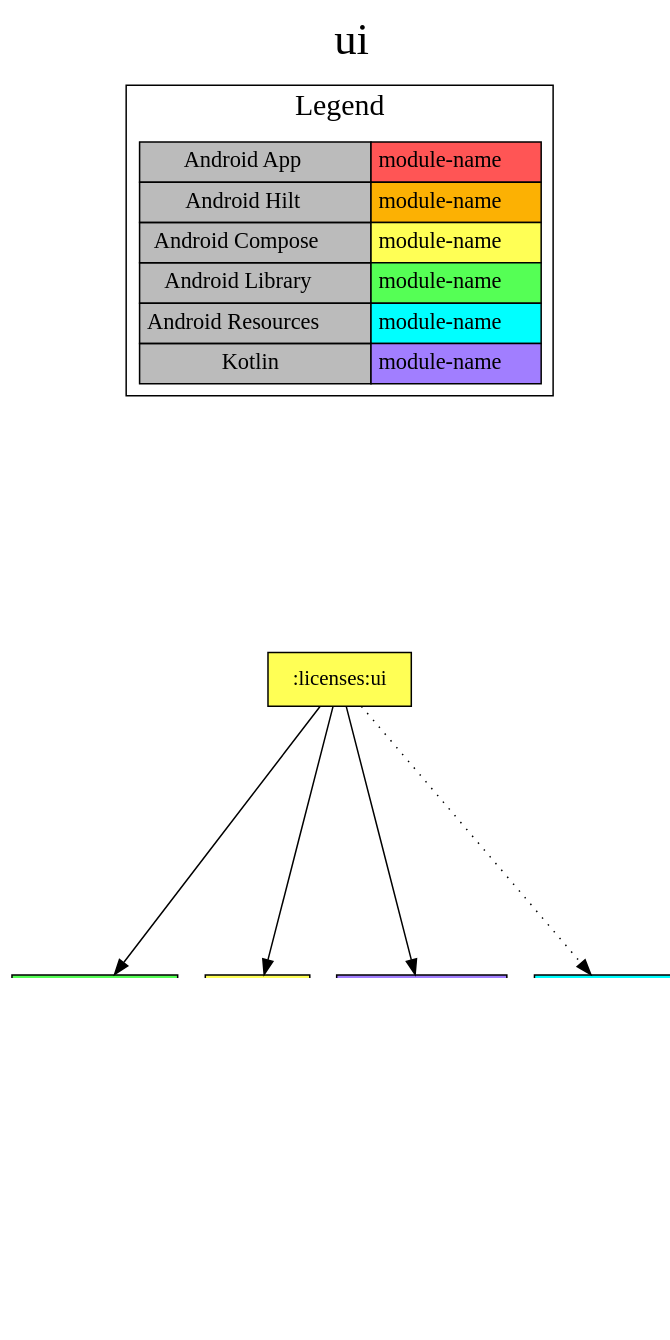
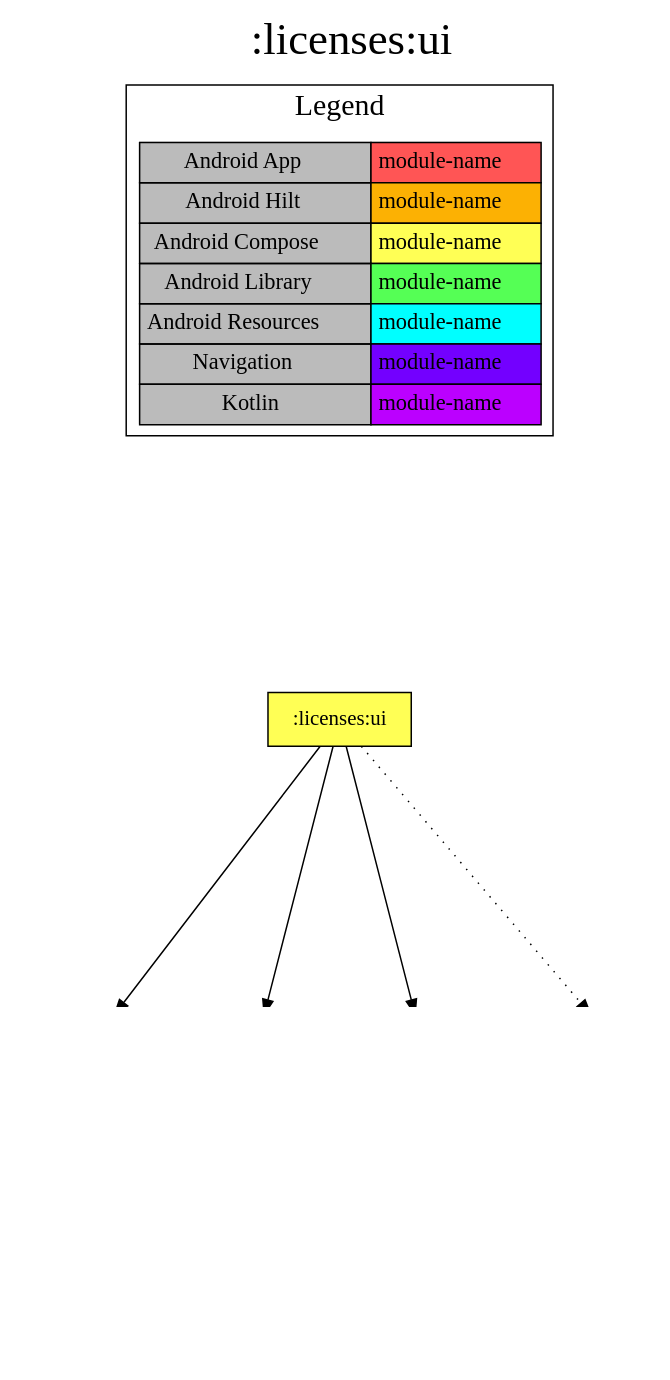
The diagram in modules/licenses/ui/project-dependency-graph.dot (jonapoul/nasa-android), drawn with Graphviz before and after one commit. The commit also changed 162 other files, not shown here.

```diff
--- a/modules/licenses/ui/project-dependency-graph.dot
+++ b/modules/licenses/ui/project-dependency-graph.dot
@@ -1,37 +1,38 @@
 digraph {
 edge ["dir"="forward"]
-graph ["dpi"="100","label"="ui","labelloc"="t","fontsize"="30","ranksep"="2.5","rankdir"="TB"]
+graph ["dpi"="100","label"=":licenses:ui","labelloc"="t","fontsize"="30","ranksep"="2.5","rankdir"="TB"]
 node ["style"="filled"]
 ":licenses:ui" ["fillcolor"="#FFFF55","shape"="box"]
 ":core:android" ["fillcolor"="#55FF55","shape"="box"]
-":core:model" ["fillcolor"="#A17EFF","shape"="box"]
+":core:model" ["fillcolor"="#BB00FF","shape"="box"]
 ":core:ui" ["fillcolor"="#FFFF55","shape"="box"]
 ":core:res" ["fillcolor"="#00FFFF","shape"="box"]
-":licenses:data" ["fillcolor"="#A17EFF","shape"="box"]
+":licenses:data" ["fillcolor"="#BB00FF","shape"="box"]
 ":licenses:res" ["fillcolor"="#00FFFF","shape"="box"]
 {
 edge ["dir"="none"]
 graph ["rank"="same"]
 }
 ":licenses:ui" -> ":core:android"
 ":licenses:ui" -> ":core:ui"
 ":licenses:ui" -> ":licenses:data"
 ":licenses:ui" -> ":licenses:res" ["style"="dotted"]
 ":core:android" -> ":core:model"
 ":core:ui" -> ":core:model"
 ":core:ui" -> ":core:res"
 subgraph "cluster_legend" {
 edge ["dir"="none"]
 graph ["label"="Legend","fontsize"="20"]
 "Legend" ["style"="filled","fillcolor"="#bbbbbb","shape"="none","margin"="0","fontsize"="15","label"=<
 <TABLE BORDER="0" CELLBORDER="1" CELLSPACING="0" CELLPADDING="4">
 <TR><TD>Android App</TD><TD BGCOLOR="#FF5555">module-name</TD></TR>
 <TR><TD>Android Hilt</TD><TD BGCOLOR="#FCB103">module-name</TD></TR>
 <TR><TD>Android Compose</TD><TD BGCOLOR="#FFFF55">module-name</TD></TR>
 <TR><TD>Android Library</TD><TD BGCOLOR="#55FF55">module-name</TD></TR>
 <TR><TD>Android Resources</TD><TD BGCOLOR="#00FFFF">module-name</TD></TR>
-<TR><TD>Kotlin</TD><TD BGCOLOR="#A17EFF">module-name</TD></TR>
+<TR><TD>Navigation</TD><TD BGCOLOR="#7300FF">module-name</TD></TR>
+<TR><TD>Kotlin</TD><TD BGCOLOR="#BB00FF">module-name</TD></TR>
 </TABLE>
 >]
 } -> ":licenses:ui" ["style"="invis"]
 }
```
